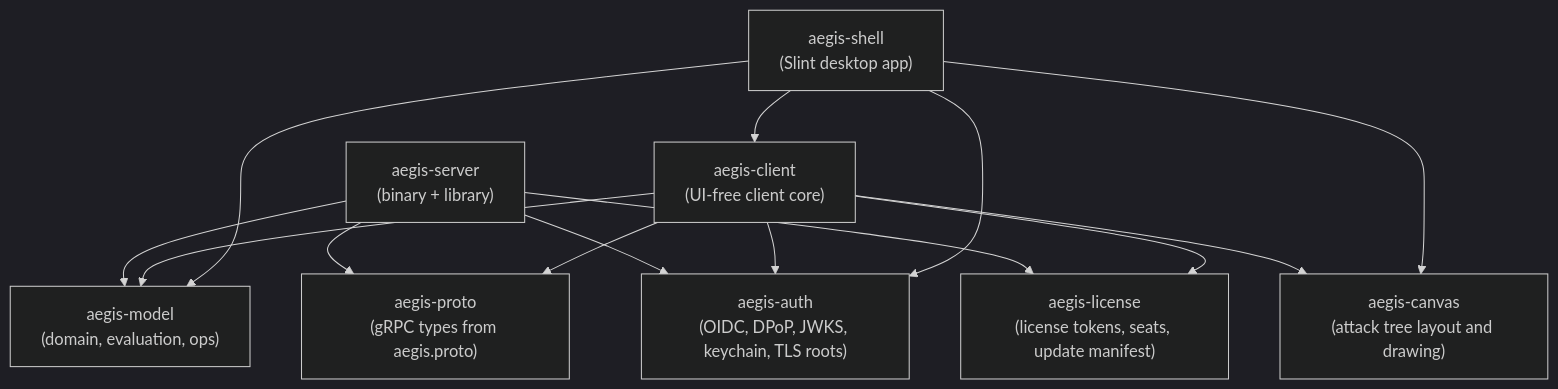
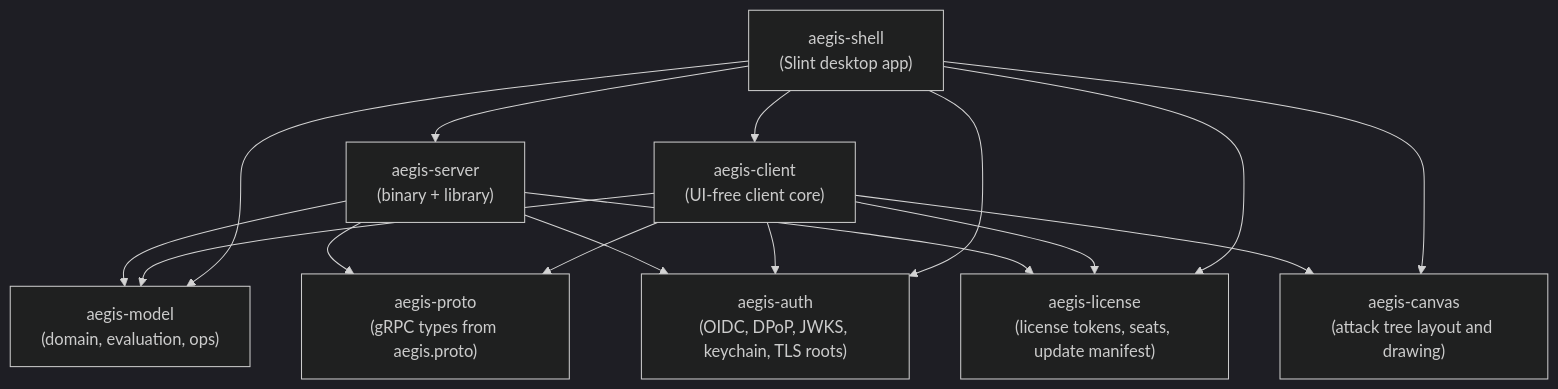
Diagram 15 of 27 in docs/architecture.md (eNipu/AegisTARA), drawn with Mermaid (dark theme) before and after one commit. The commit also changed other lines of this file and 23 other files, not shown here.

````diff
--- a/docs/architecture.md
+++ b/docs/architecture.md
@@ -1232,14 +1232,14 @@
 ```mermaid
 flowchart TB
     model["aegis-model\n(domain, evaluation, ops)"]
     proto["aegis-proto\n(gRPC types from aegis.proto)"]
     auth["aegis-auth\n(OIDC, DPoP, JWKS, keychain, TLS roots)"]
     license["aegis-license\n(license tokens, seats, update manifest)"]
     canvas["aegis-canvas\n(attack tree layout and drawing)"]
     server["aegis-server\n(binary + library)"]
     client["aegis-client\n(UI-free client core)"]
     shell["aegis-shell\n(Slint desktop app)"]
     server --> model & proto & auth & license
     client --> model & proto & auth & license & canvas
-    shell --> client & canvas & model & auth
+    shell --> client & canvas & model & auth & server & license
 ```
````
